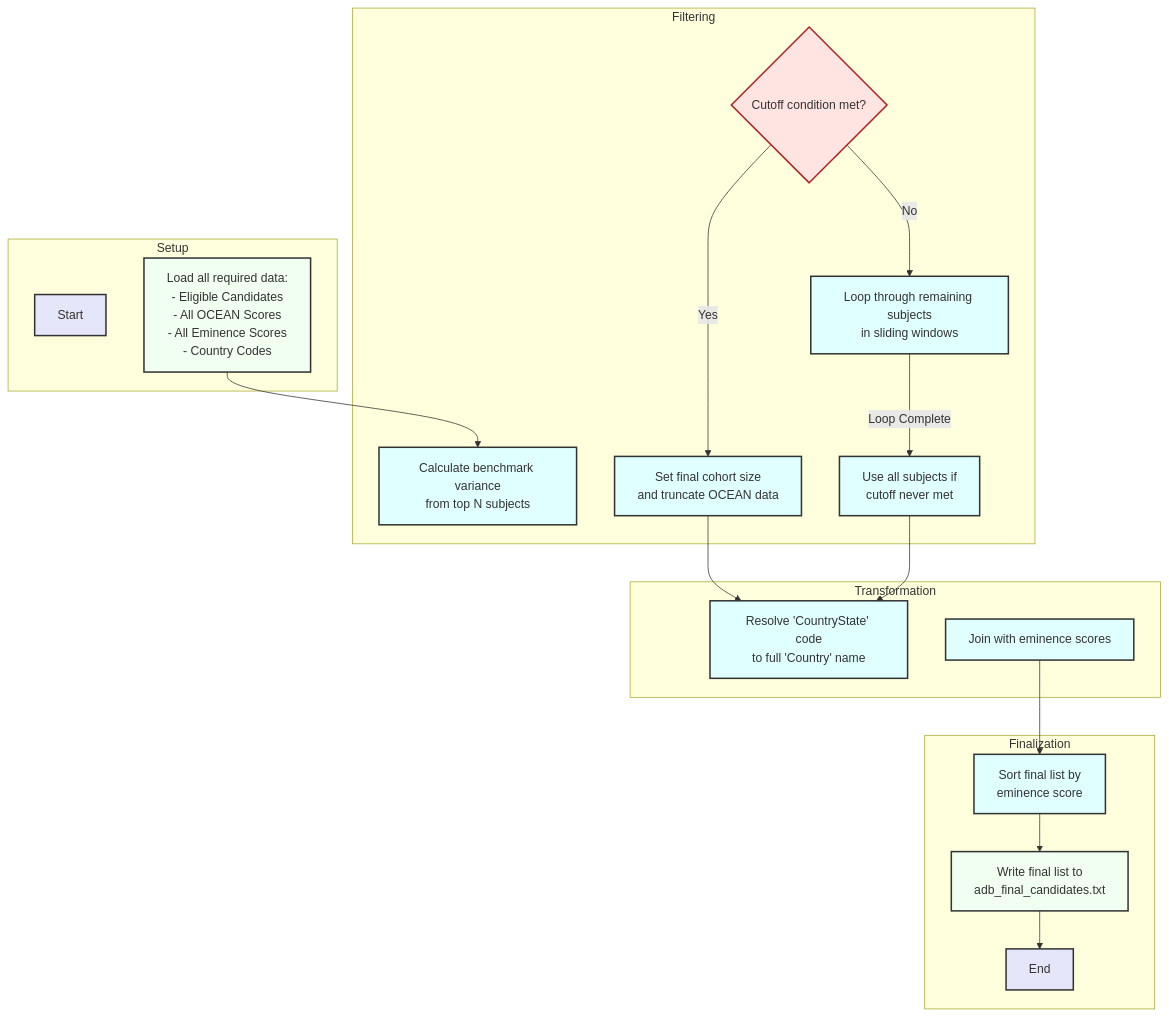
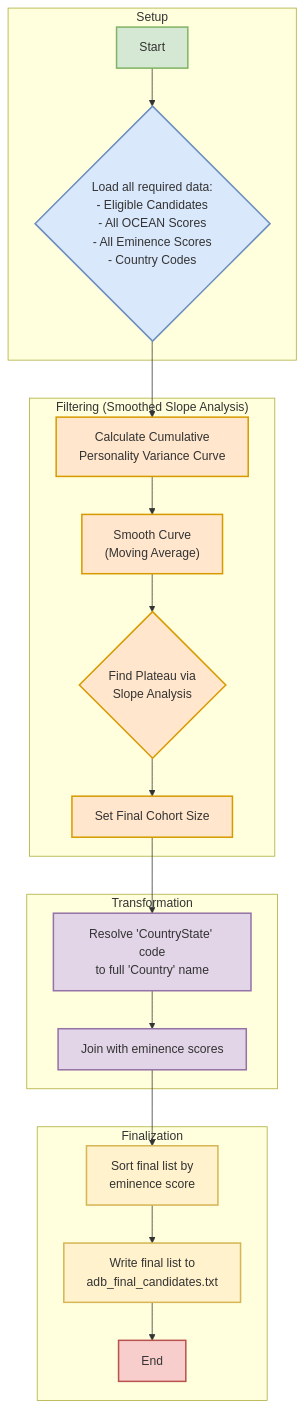
The diagram in docs/diagrams/logic_prep_final_candidates.mmd (peterjmarko/llm-narrative-framework), drawn with Mermaid before and after one commit. The commit also changed 15 other files, not shown here.

```diff
--- a/docs/diagrams/logic_prep_final_candidates.mmd
+++ b/docs/diagrams/logic_prep_final_candidates.mmd
@@ -1,42 +1,34 @@
 flowchart TD
-    %% Style Definitions
-    classDef startEnd fill:#e6e6fa,stroke:#333,stroke-width:2px
-    classDef process fill:#e0ffff,stroke:#333,stroke-width:2px
-    classDef fileIO fill:#f0fff0,stroke:#333,stroke-width:2px
-    classDef decision fill:#ffe4e1,stroke:#b22222,stroke-width:2px
+    subgraph "Setup"
+        A[Start] --> B{"Load all required data:<br>- Eligible Candidates<br>- All OCEAN Scores<br>- All Eminence Scores<br>- Country Codes"};
+    end
 
-    subgraph "Finalization"
-        J["Sort final list by<br/>eminence score"]
-        K["Write final list to<br/>adb_final_candidates.txt"]
-        L[End]
-        J --> K --> L
+    subgraph "Filtering (Smoothed Slope Analysis)"
+        B --> C["Calculate Cumulative<br>Personality Variance Curve"];
+        C --> D["Smooth Curve<br>(Moving Average)"];
+        D --> E{"Find Plateau via<br>Slope Analysis"};
+        E --> F[Set Final Cohort Size];
     end
 
     subgraph "Transformation"
-        H["Resolve 'CountryState' code<br/>to full 'Country' name"]
-        I["Join with eminence scores"]
-        I --> J
+        F --> G["Resolve 'CountryState' code<br>to full 'Country' name"];
+        G --> H[Join with eminence scores];
     end
     
-    subgraph "Filtering"
-        C["Calculate benchmark variance<br/>from top N subjects"]
-        D["Loop through remaining subjects<br/>in sliding windows"]
-        E{Cutoff condition met?}
-        E -- Yes --> F["Set final cohort size<br/>and truncate OCEAN data"]
-        E -- No --> D
-        D -- Loop Complete --> G["Use all subjects if<br/>cutoff never met"]
-        F --> H
-        G --> H
+    subgraph "Finalization"
+        H --> I["Sort final list by<br>eminence score"];
+        I --> J["Write final list to<br>adb_final_candidates.txt"];
+        J --> K[End];
     end
 
-    subgraph "Setup"
-        A[Start]
-        B["Load all required data:<br/>- Eligible Candidates<br/>- All OCEAN Scores<br/>- All Eminence Scores<br/>- Country Codes"]
-        B --> C
-    end
-    
-    %% Apply Styles
-    class A,L startEnd
-    class C,D,F,G,H,I,J process
-    class B,K fileIO
-    class E decision
+    style A fill:#D5E8D4,stroke:#82B366,stroke-width:2px
+    style K fill:#F8CECC,stroke:#B85450,stroke-width:2px
+    style B fill:#DAE8FC,stroke:#6C8EBF,stroke-width:2px
+    style C fill:#FFE6CC,stroke:#D79B00,stroke-width:2px
+    style D fill:#FFE6CC,stroke:#D79B00,stroke-width:2px
+    style E fill:#FFE6CC,stroke:#D79B00,stroke-width:2px
+    style F fill:#FFE6CC,stroke:#D79B00,stroke-width:2px
+    style G fill:#E1D5E7,stroke:#9673A6,stroke-width:2px
+    style H fill:#E1D5E7,stroke:#9673A6,stroke-width:2px
+    style I fill:#FFF2CC,stroke:#D6B656,stroke-width:2px
+    style J fill:#FFF2CC,stroke:#D6B656,stroke-width:2px
```
